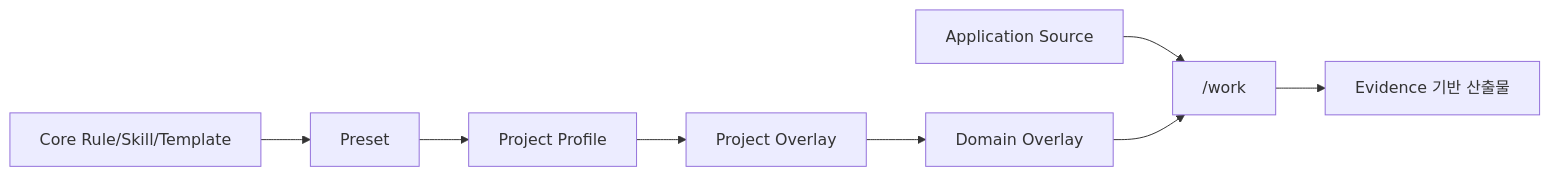
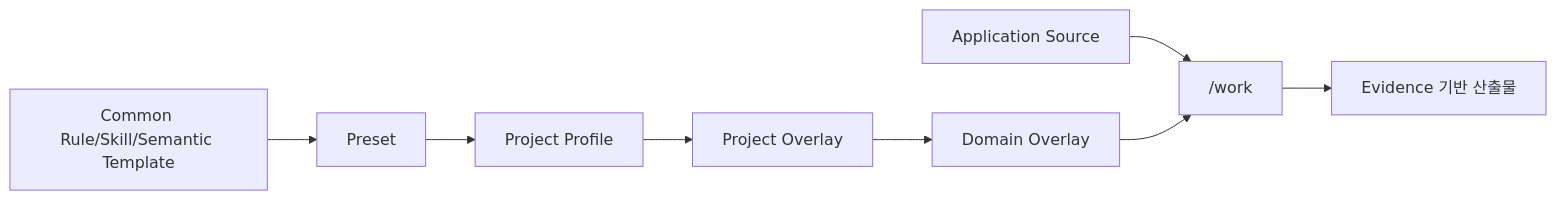
The first of 2 diagrams in framework/design/candidates/v1.5.3-rc.1_source-enabled-harness-structure-delta.md (Seunghyun0606/SDLC_DDD_SDD), drawn with Mermaid before and after one commit. The commit also changed other lines of this file, not shown here.

Commit message:
docs: align v1.5.3 historical candidate with semantic terminology

````diff
--- a/framework/design/candidates/v1.5.3-rc.1_source-enabled-harness-structure-delta.md
+++ b/framework/design/candidates/v1.5.3-rc.1_source-enabled-harness-structure-delta.md
@@ -8,7 +8,7 @@
 ```mermaid
 flowchart LR
-    C["Core Rule/Skill/Template"] --> P["Preset"] --> R["Project Profile"] --> O["Project Overlay"] --> D["Domain Overlay"]
+    C["Common Rule/Skill/Semantic Template"] --> P["Preset"] --> R["Project Profile"] --> O["Project Overlay"] --> D["Domain Overlay"]
     S["Application Source"] --> W["/work"]
     D --> W
     W --> E["Evidence 기반 산출물"]
 ```
````
